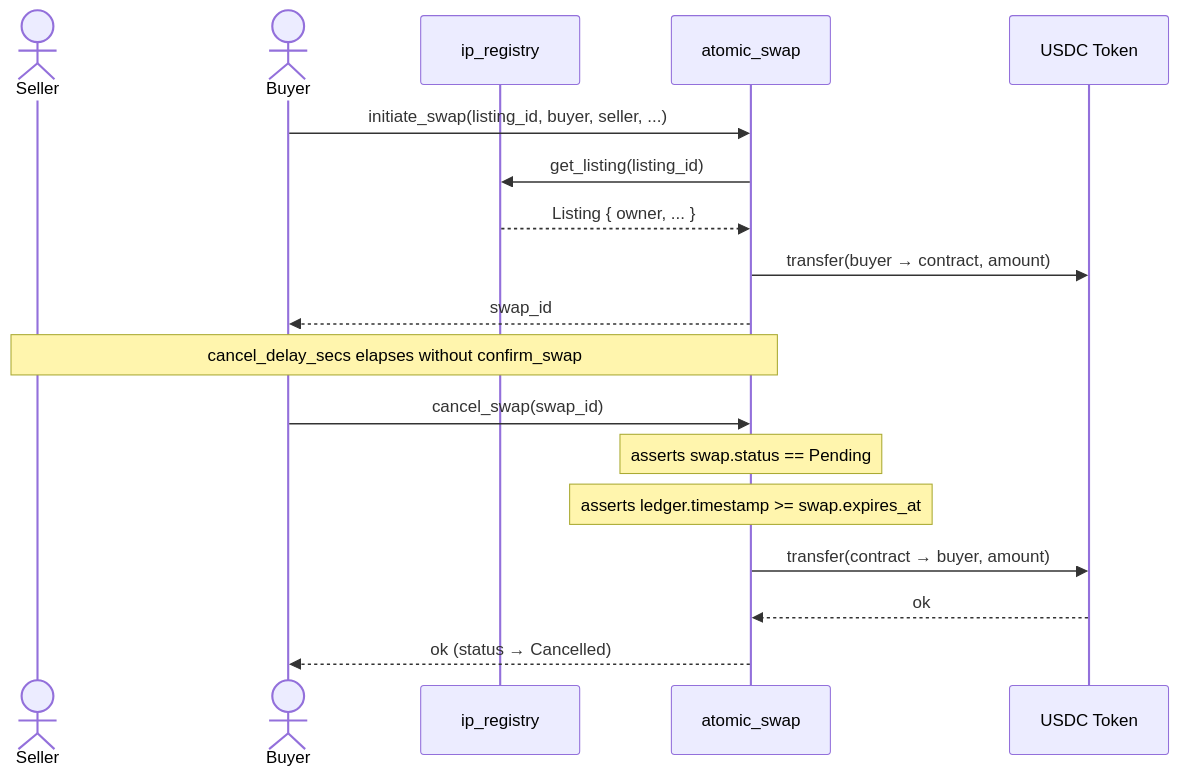
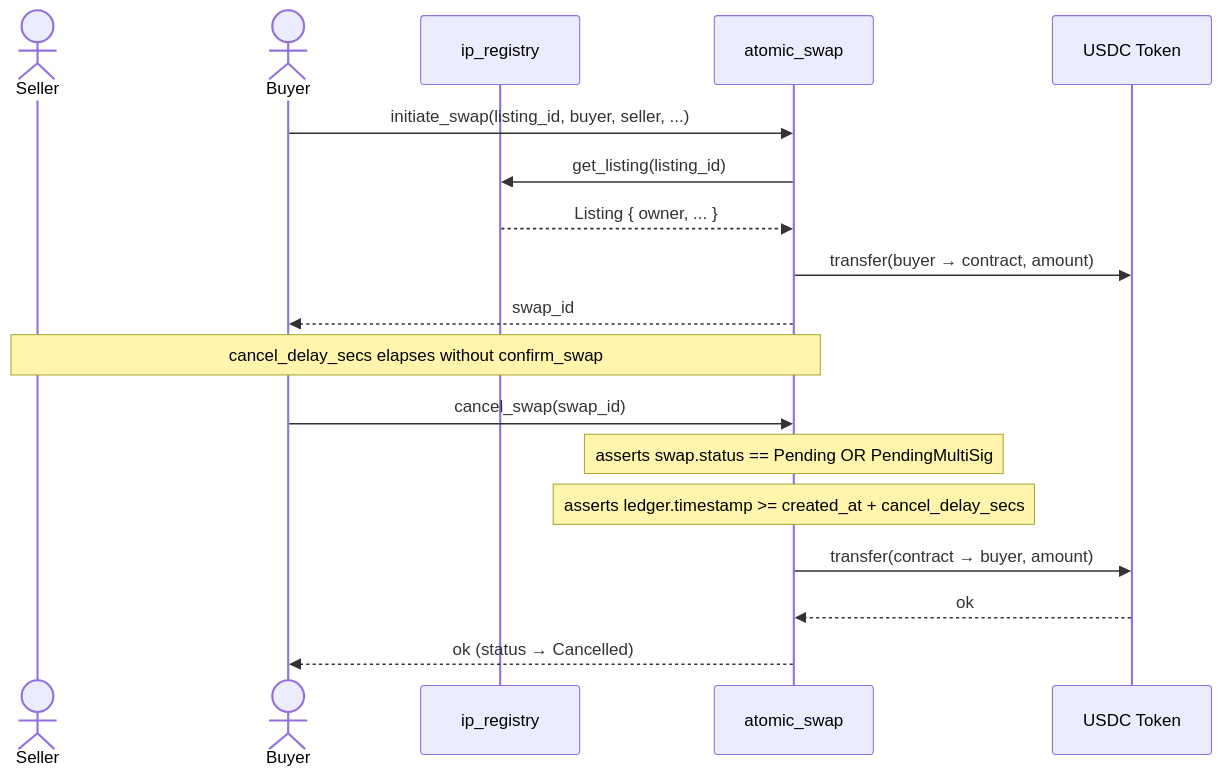
Before and after one commit to MerkleMint/Atomic-IP-Marketplace: the second of 3 diagrams in docs/architecture.md, drawn with Mermaid. The commit also changed other lines of this file and 1 other file, not shown here.

First line of the commit message:
fix: close PendingMultiSig dead-end in double-lock guard and cancel_swap

````diff
--- a/docs/architecture.md
+++ b/docs/architecture.md
@@ -113,26 +118,26 @@
 ```mermaid
 sequenceDiagram
     actor Seller
     actor Buyer
     participant IPRegistry as ip_registry
     participant AtomicSwap as atomic_swap
     participant USDC as USDC Token
 
     %% Setup: swap is already initiated
     Buyer->>AtomicSwap: initiate_swap(listing_id, buyer, seller, ...)
     AtomicSwap->>IPRegistry: get_listing(listing_id)
     IPRegistry-->>AtomicSwap: Listing { owner, ... }
     AtomicSwap->>USDC: transfer(buyer → contract, amount)
     AtomicSwap-->>Buyer: swap_id
 
     %% Seller goes silent — timeout elapses
     Note over Seller,AtomicSwap: cancel_delay_secs elapses without confirm_swap
 
     %% Buyer cancels and reclaims USDC
     Buyer->>AtomicSwap: cancel_swap(swap_id)
-    Note over AtomicSwap: asserts swap.status == Pending
-    Note over AtomicSwap: asserts ledger.timestamp >= swap.expires_at
+    Note over AtomicSwap: asserts swap.status == Pending OR PendingMultiSig
+    Note over AtomicSwap: asserts ledger.timestamp >= created_at + cancel_delay_secs
     AtomicSwap->>USDC: transfer(contract → buyer, amount)
     USDC-->>AtomicSwap: ok
     AtomicSwap-->>Buyer: ok (status → Cancelled)
 ```
````
